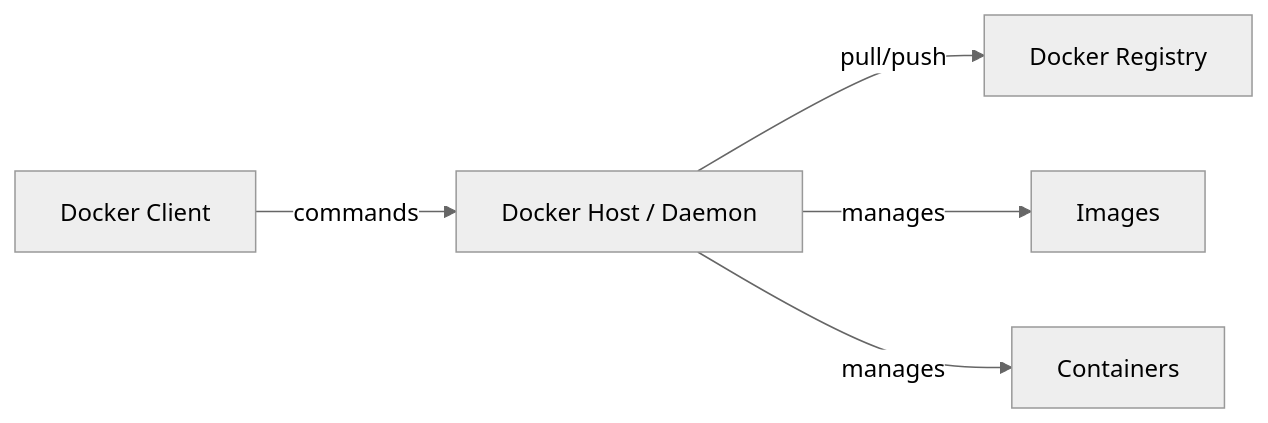
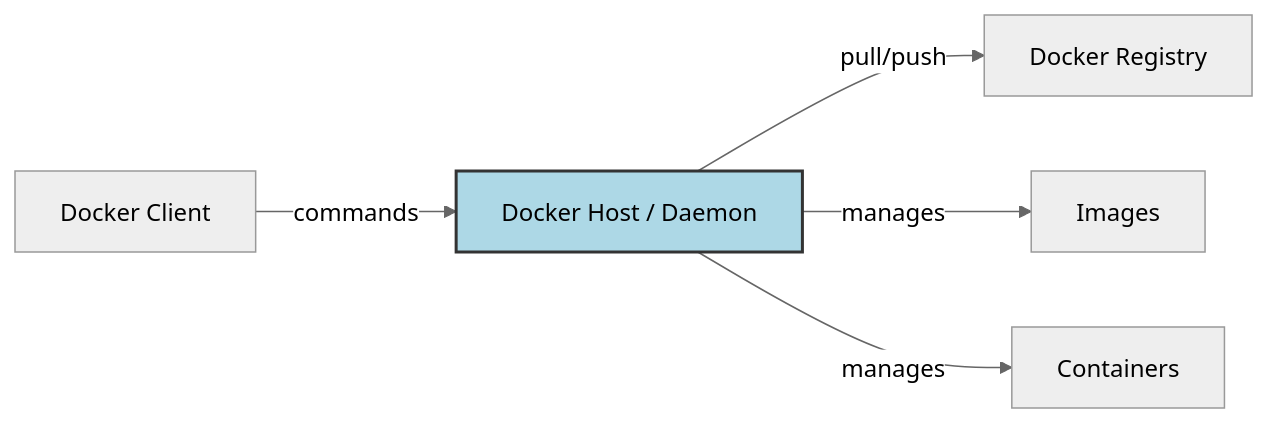
The diagram in docker/README.md (kloudtechvizag/cloud-devops-interview-prep), drawn with Mermaid (neutral theme) before and after one commit. The commit also changed other lines of this file and 20 other files, not shown here.

````diff
--- a/docker/README.md
+++ b/docker/README.md
@@ -13,7 +8,8 @@
 ```mermaid
 graph LR
     A[Docker Client] -- commands --> B[Docker Host / Daemon]
     B -- pull/push --> C[Docker Registry]
     B -- manages --> D[Images]
     B -- manages --> E[Containers]
+    style B fill:#add8e6,stroke:#333,stroke-width:2px
 ```
````
